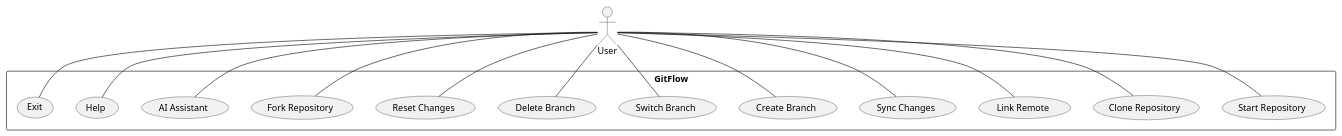
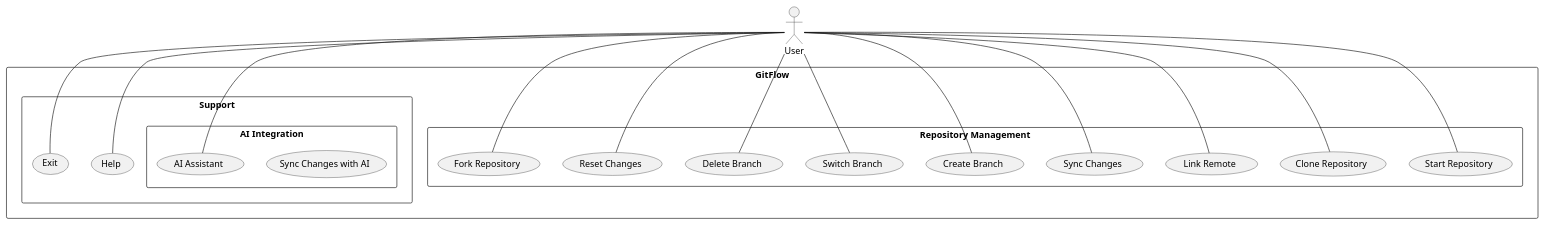
The diagram in use case diagram.puml (chinmaym505/GitFlow), drawn with PlantUML before and after one commit.

Commit message:
Update use case diagram.puml

```diff
--- a/use case diagram.puml
+++ b/use case diagram.puml
@@ -1,31 +1,41 @@
-@startuml
+@startuml UseCases
 actor User
 
 rectangle "GitFlow" {
-  (Start Repository)
-  (Clone Repository)
-  (Link Remote)
-  (Sync Changes)
-  (Create Branch)
-  (Switch Branch)
-  (Delete Branch)
-  (Reset Changes)
-  (Fork Repository)
-  (AI Assistant)
-  (Help)
-  (Exit)
+  rectangle "Repository Management" {
+    (Start Repository)
+    (Clone Repository)
+    (Link Remote)
+    (Sync Changes)
+    (Create Branch)
+    (Switch Branch)
+    (Delete Branch)
+    (Reset Changes)
+    (Fork Repository)
+  }
+
+  rectangle "Support" {
+    (Help)
+    (Exit)
+
+    rectangle "AI Integration" {
+      (Sync Changes with AI)
+      (AI Assistant)
+    }
+  }
 }
 
 User -- (Start Repository)
 User -- (Clone Repository)
 User -- (Link Remote)
 User -- (Sync Changes)
 User -- (Create Branch)
 User -- (Switch Branch)
 User -- (Delete Branch)
 User -- (Reset Changes)
 User -- (Fork Repository)
 User -- (AI Assistant)
 User -- (Help)
 User -- (Exit)
+
 @enduml
```
